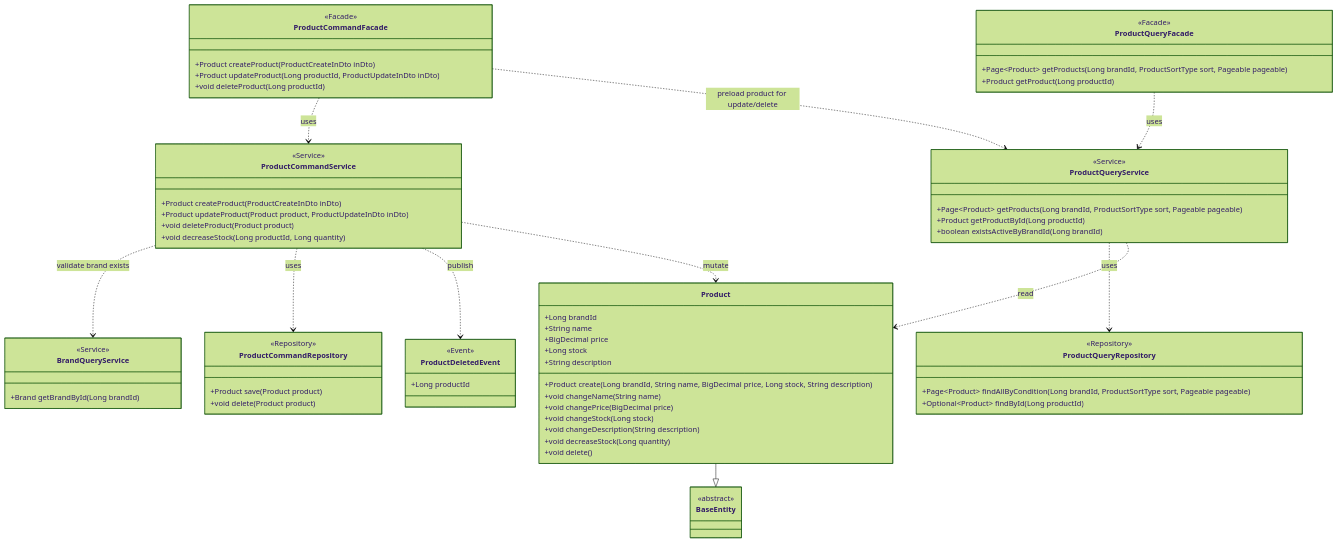
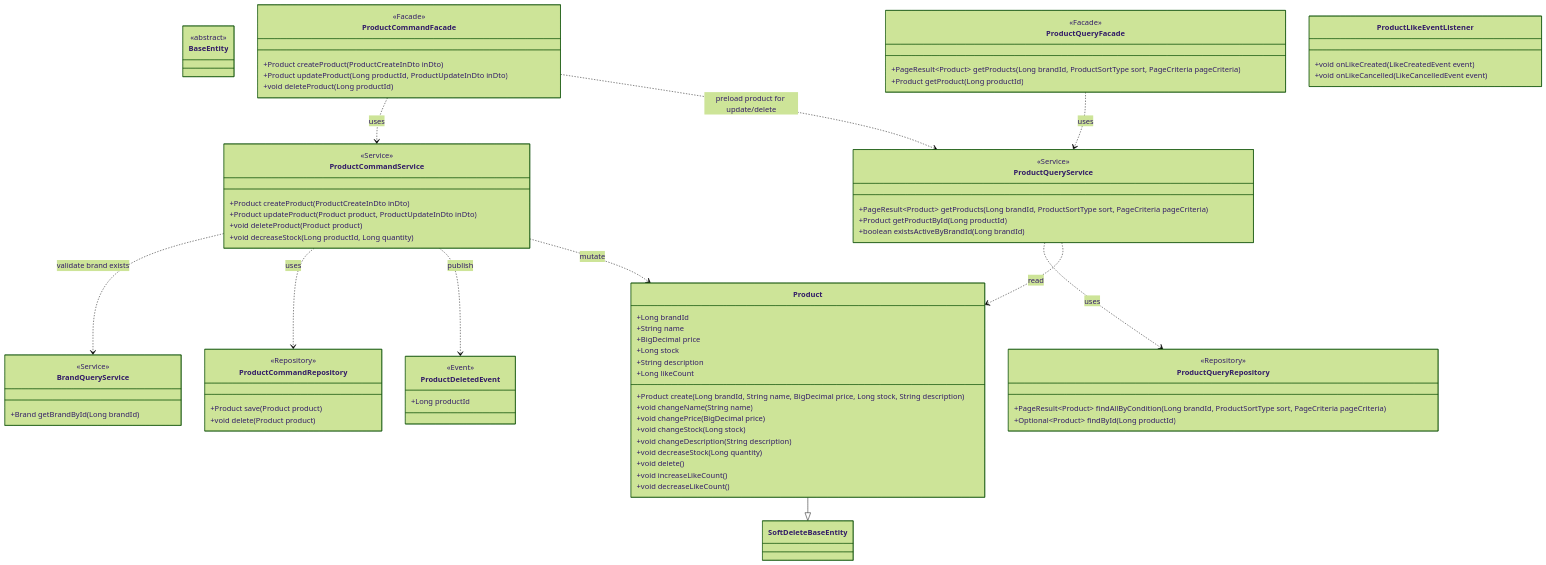
The fourth of 8 diagrams in docs/design/03-class-diagram.md (Hwan0518/loop-pack-be-l2-vol3-java), drawn with Mermaid (forest theme) before and after one commit. The commit also changed other lines of this file and 7 other files, not shown here.

```diff
--- a/docs/design/03-class-diagram.md
+++ b/docs/design/03-class-diagram.md
@@ -271,6 +288,7 @@
         +BigDecimal price
         +Long stock
         +String description
+        +Long likeCount
         +Product create(Long brandId, String name, BigDecimal price, Long stock, String description)
         +void changeName(String name)
         +void changePrice(BigDecimal price)
@@ -278,8 +296,10 @@
         +void changeDescription(String description)
         +void decreaseStock(Long quantity)
         +void delete()
+        +void increaseLikeCount()
+        +void decreaseLikeCount()
     }
-    Product --|> BaseEntity
+    Product --|> SoftDeleteBaseEntity
 
     class ProductCommandFacade {
         <<Facade>>
@@ -290,7 +310,7 @@
 
     class ProductQueryFacade {
         <<Facade>>
-        +Page~Product~ getProducts(Long brandId, ProductSortType sort, Pageable pageable)
+        +PageResult~Product~ getProducts(Long brandId, ProductSortType sort, PageCriteria pageCriteria)
         +Product getProduct(Long productId)
     }
 
@@ -304,7 +324,7 @@
 
     class ProductQueryService {
         <<Service>>
-        +Page~Product~ getProducts(Long brandId, ProductSortType sort, Pageable pageable)
+        +PageResult~Product~ getProducts(Long brandId, ProductSortType sort, PageCriteria pageCriteria)
         +Product getProductById(Long productId)
         +boolean existsActiveByBrandId(Long brandId)
     }
@@ -322,13 +342,18 @@
 
     class ProductQueryRepository {
         <<Repository>>
-        +Page~Product~ findAllByCondition(Long brandId, ProductSortType sort, Pageable pageable)
+        +PageResult~Product~ findAllByCondition(Long brandId, ProductSortType sort, PageCriteria pageCriteria)
         +Optional~Product~ findById(Long productId)
     }
 
     class ProductDeletedEvent {
         <<Event>>
         +Long productId
+    }
+
+    class ProductLikeEventListener {
+        +void onLikeCreated(LikeCreatedEvent event)
+        +void onLikeCancelled(LikeCancelledEvent event)
     }
 
     ProductCommandFacade ..> ProductCommandService : uses
```
